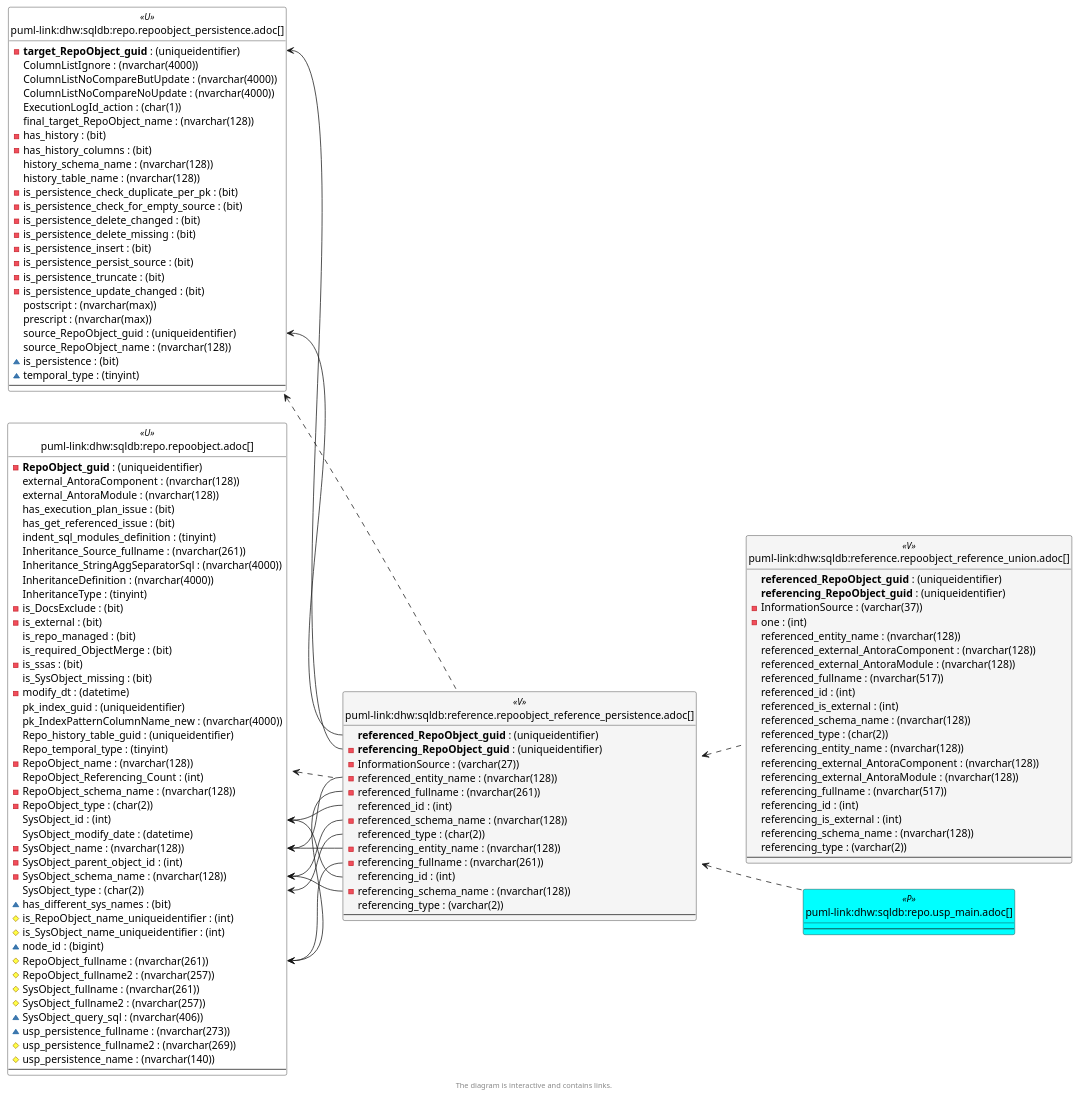
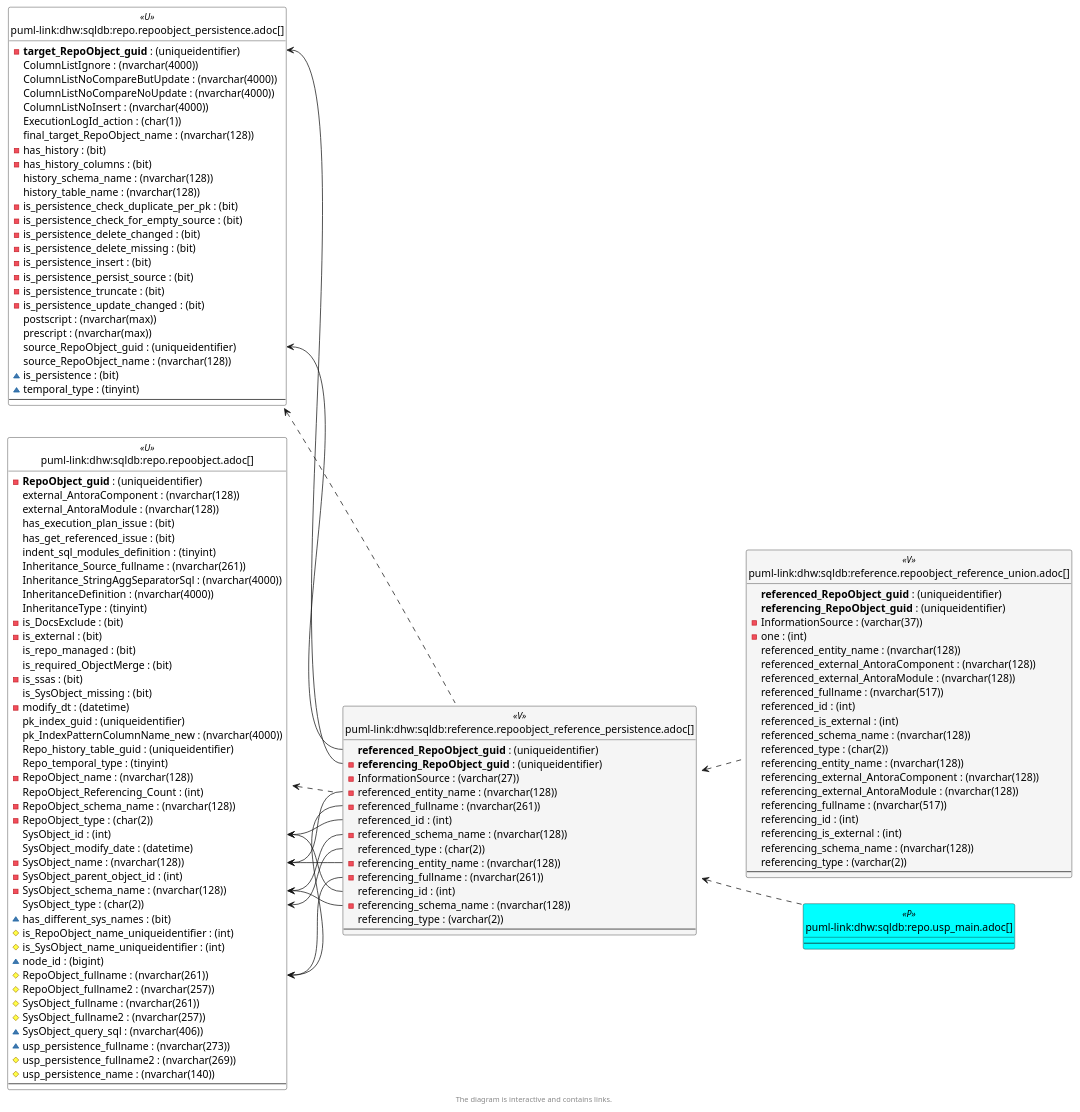
Before and after one commit to DataHandwerk/dhw-antora-sqldb: the sixth of 6 diagrams in docs/modules/sqldb/partials/content/reference.repoobject_reference_persistence.adoc, drawn with PlantUML. The commit also changed other lines of this file and 701 other files, not shown here.

```diff
--- a/docs/modules/sqldb/partials/content/reference.repoobject_reference_persistence.adoc
+++ b/docs/modules/sqldb/partials/content/reference.repoobject_reference_persistence.adoc
@@ -2670,6 +2689,7 @@
   ColumnListIgnore : (nvarchar(4000))
   ColumnListNoCompareButUpdate : (nvarchar(4000))
   ColumnListNoCompareNoUpdate : (nvarchar(4000))
+  ColumnListNoInsert : (nvarchar(4000))
   ExecutionLogId_action : (char(1))
   final_target_RepoObject_name : (nvarchar(128))
   - has_history : (bit)
@@ -2701,12 +2721,12 @@
 reference.RepoObject_reference_persistence <.. repo.usp_main
 repo.RepoObject <.. reference.RepoObject_reference_persistence
 repo.RepoObject_persistence <.. reference.RepoObject_reference_persistence
+"repo.RepoObject::RepoObject_fullname" <-- "reference.RepoObject_reference_persistence::referenced_fullname"
 "repo.RepoObject::RepoObject_fullname" <-- "reference.RepoObject_reference_persistence::referencing_fullname"
-"repo.RepoObject::RepoObject_fullname" <-- "reference.RepoObject_reference_persistence::referenced_fullname"
+"repo.RepoObject::SysObject_id" <-- "reference.RepoObject_reference_persistence::referenced_id"
 "repo.RepoObject::SysObject_id" <-- "reference.RepoObject_reference_persistence::referencing_id"
-"repo.RepoObject::SysObject_id" <-- "reference.RepoObject_reference_persistence::referenced_id"
+"repo.RepoObject::SysObject_name" <-- "reference.RepoObject_reference_persistence::referenced_entity_name"
 "repo.RepoObject::SysObject_name" <-- "reference.RepoObject_reference_persistence::referencing_entity_name"
-"repo.RepoObject::SysObject_name" <-- "reference.RepoObject_reference_persistence::referenced_entity_name"
 "repo.RepoObject::SysObject_schema_name" <-- "reference.RepoObject_reference_persistence::referenced_schema_name"
 "repo.RepoObject::SysObject_schema_name" <-- "reference.RepoObject_reference_persistence::referencing_schema_name"
 "repo.RepoObject::SysObject_type" <-- "reference.RepoObject_reference_persistence::referenced_type"
```
